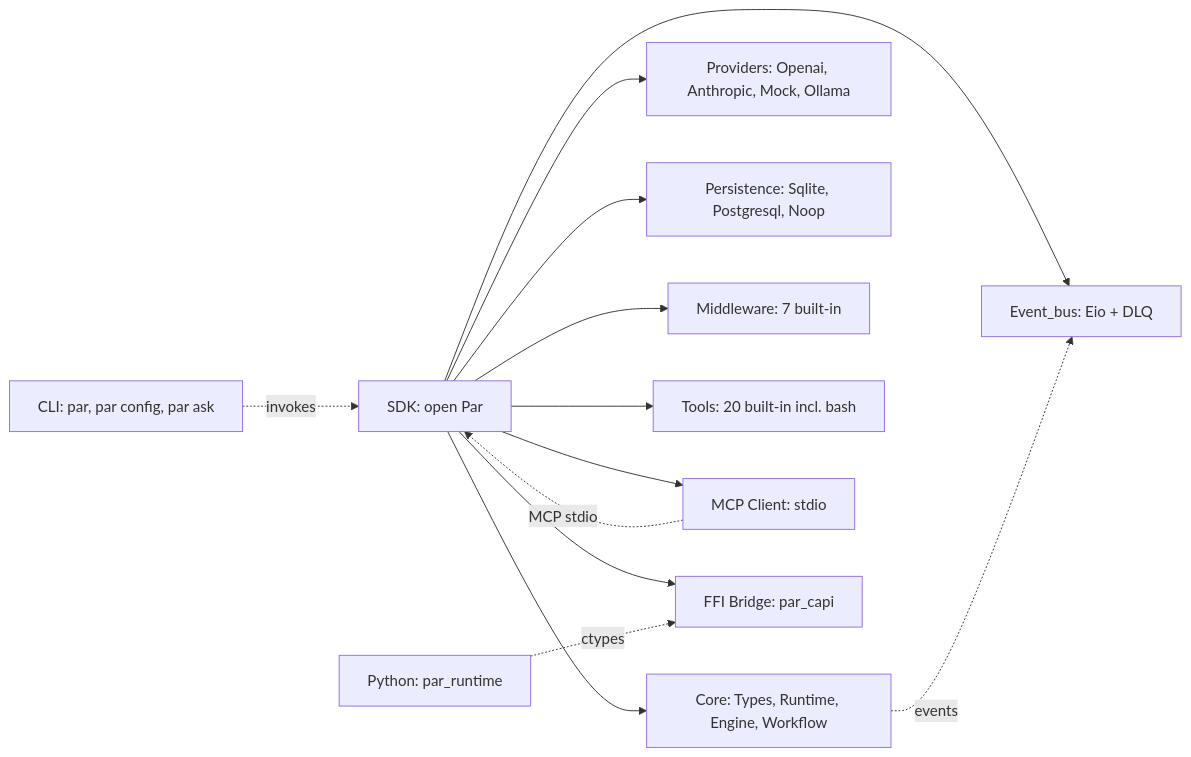
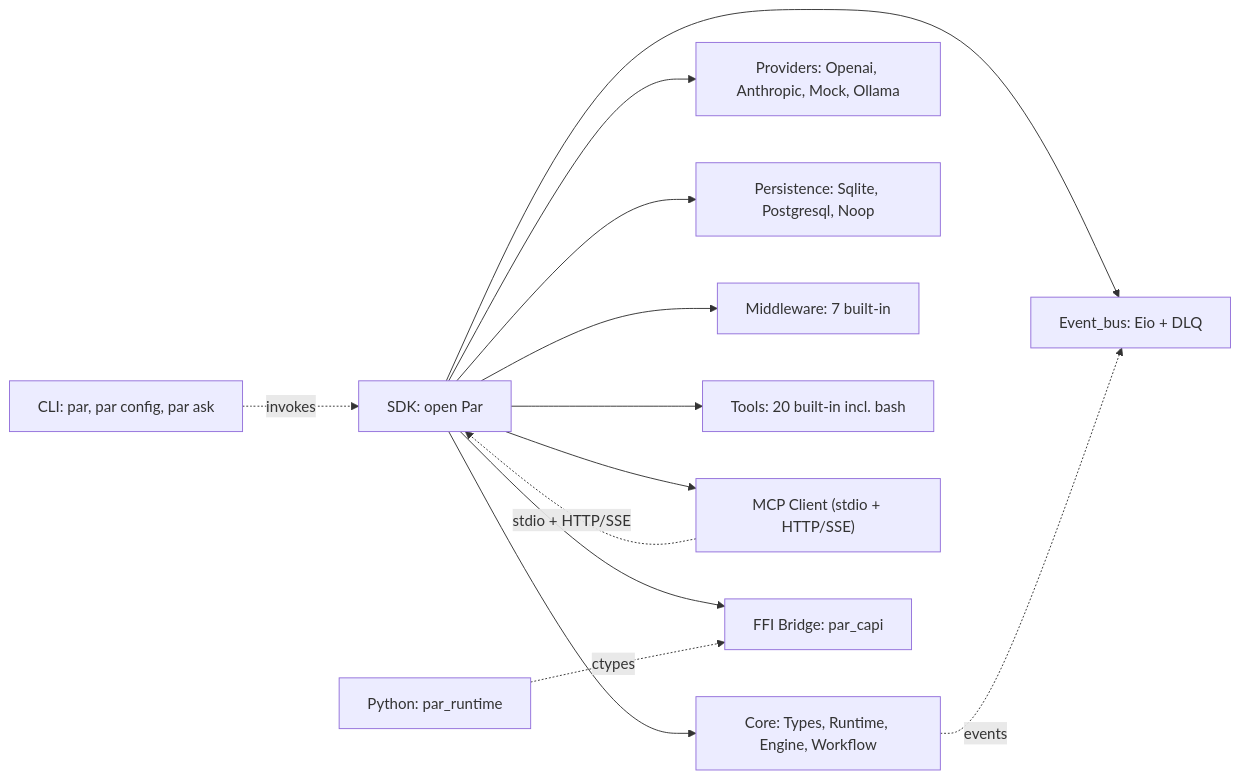
One commit to jcz2020/par changed the diagram in README.md. Above: the diagram before and after it, drawn with Mermaid. The commit also changed other lines of this file and 2 other files, not shown here.

````diff
--- a/README.md
+++ b/README.md
@@ -81,15 +81,15 @@
 ```mermaid
 graph LR
   A["SDK: open Par"] --> B["Core: Types, Runtime, Engine, Workflow"]
   A --> C["Providers: Openai, Anthropic, Mock, Ollama"]
   A --> D["Persistence: Sqlite, Postgresql, Noop"]
   A --> E["Event_bus: Eio + DLQ"]
   A --> F["Middleware: 7 built-in"]
   A --> G["Tools: 20 built-in incl. bash"]
-  A --> H["MCP Client: stdio"]
+  A --> H["MCP Client (stdio + HTTP/SSE)"]
   A --> I["FFI Bridge: par_capi"]
   J["CLI: par, par config, par ask"] -.->|invokes| A
   K["Python: par_runtime"] -.->|ctypes| I
   B -.->|events| E
-  H -.->|MCP stdio| A
+  H -.->|stdio + HTTP/SSE| A
 ```
````
